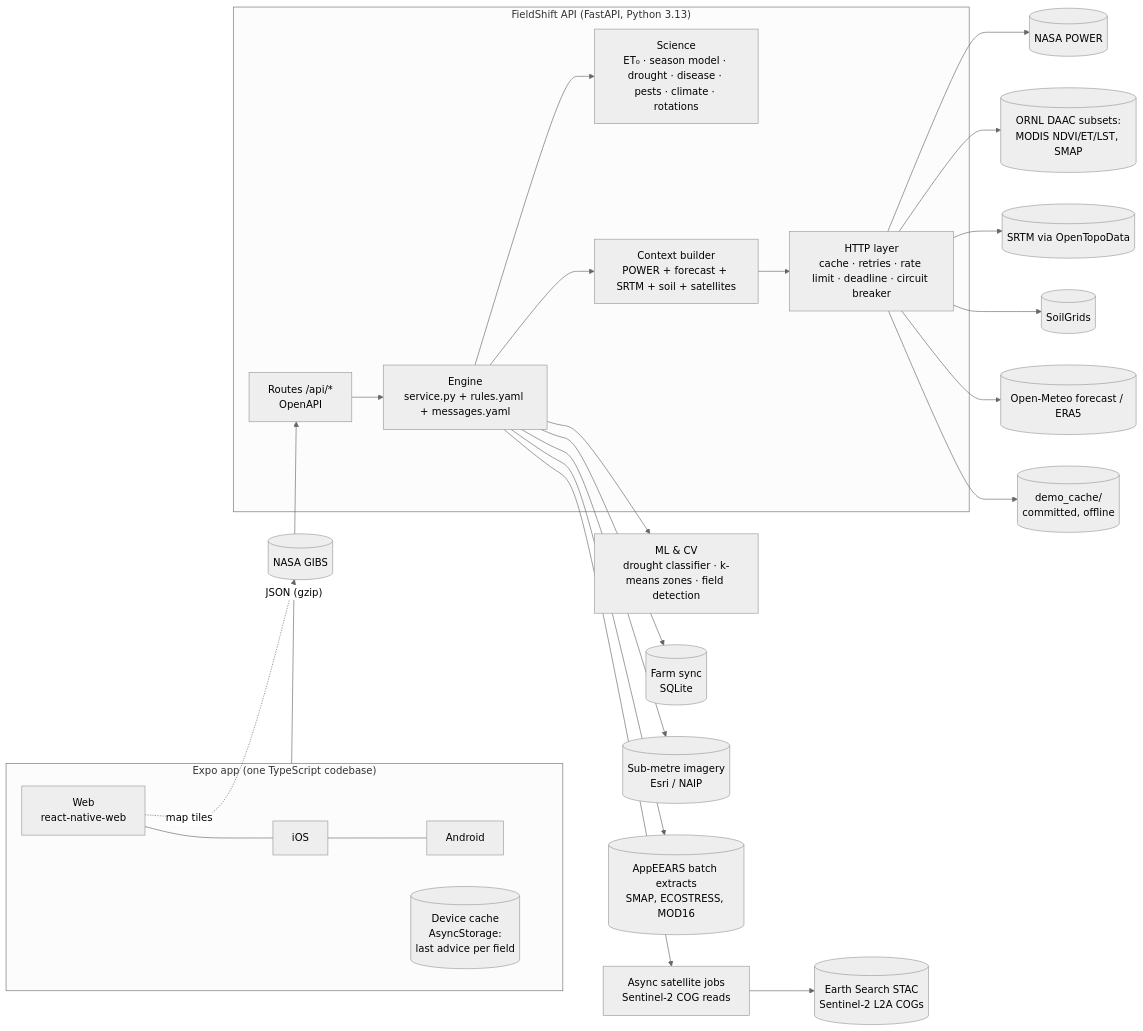
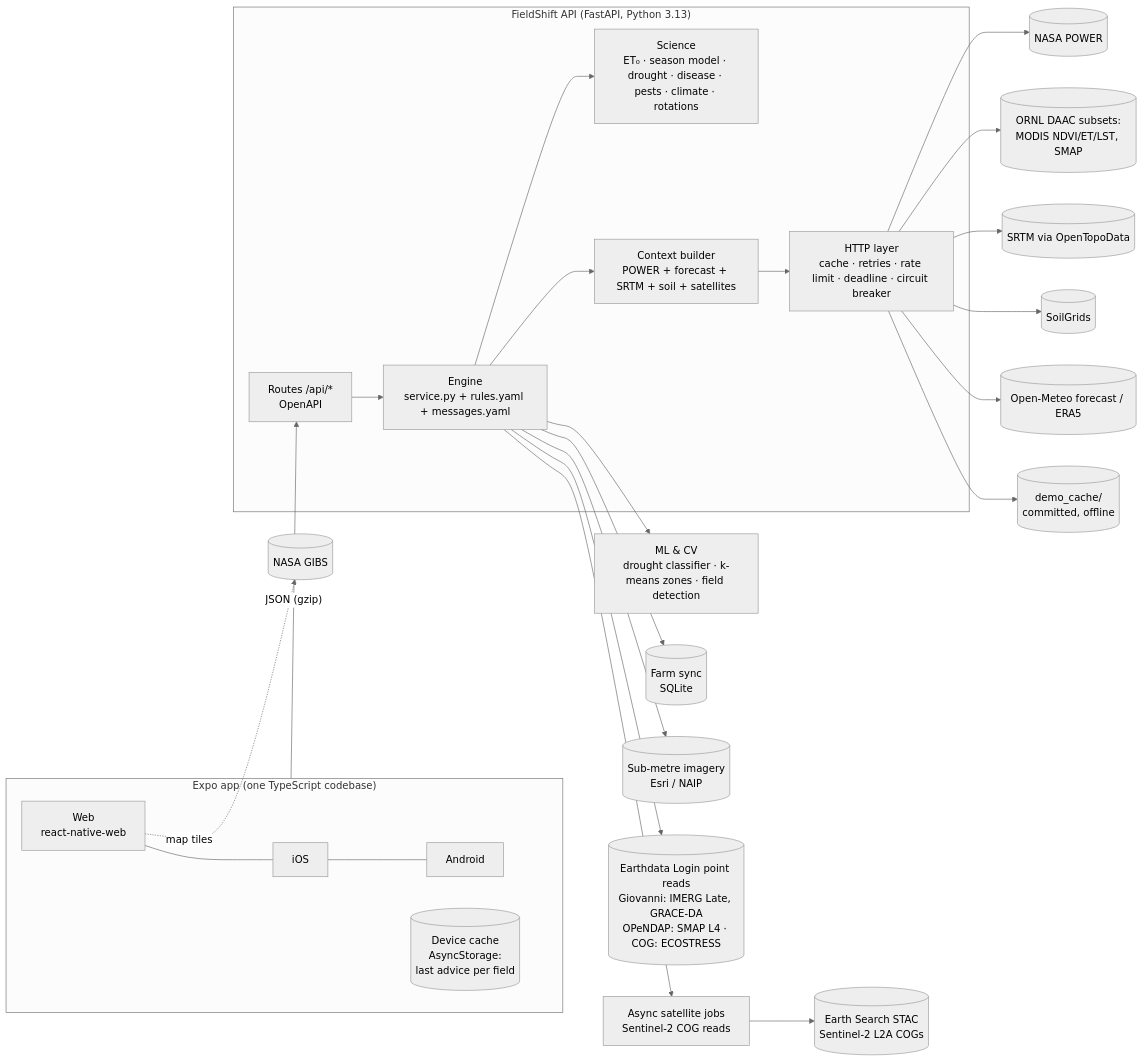
One commit to Intelligent-Agriculture-Labs/Intelligent-Agriculture changed the diagram in docs/ARCHITECTURE.md. Above: the diagram before and after it, drawn with Mermaid (neutral theme). The commit also changed 287 other files, not shown here.

First line of the commit message:
V3 and V6 completed with direct NASA archive reads; V13b (IMERG Late); offline demo cache for the live layers

````diff
--- a/docs/ARCHITECTURE.md
+++ b/docs/ARCHITECTURE.md
@@ -3,27 +3,27 @@
 ```mermaid
 flowchart LR
   subgraph Client["Expo app (one TypeScript codebase)"]
     W[Web<br/>react-native-web] --- I[iOS] --- A[Android]
     C[(Device cache<br/>AsyncStorage:<br/>last advice per field)]
   end
   subgraph API["FieldShift API (FastAPI, Python 3.13)"]
     R[Routes /api/*<br/>OpenAPI] --> E[Engine<br/>service.py + rules.yaml + messages.yaml]
     E --> S[Science<br/>ET₀ · season model · drought · disease · pests · climate · rotations]
     E --> X[Context builder<br/>POWER + forecast + SRTM + soil + satellites]
     X --> H[HTTP layer<br/>cache · retries · rate limit · deadline · circuit breaker]
   end
   H --> P[(NASA POWER)]
   H --> O[(ORNL DAAC subsets:<br/>MODIS NDVI/ET/LST, SMAP)]
   H --> T[(SRTM via OpenTopoData)]
   H --> G[(SoilGrids)]
   H --> M[(Open-Meteo forecast / ERA5)]
   H --> DC[(demo_cache/<br/>committed, offline)]
   E --> ML[ML & CV<br/>drought classifier · k-means zones · field detection]
   E --> SATJ[Async satellite jobs<br/>Sentinel-2 COG reads]
   SATJ --> S2[(Earth Search STAC<br/>Sentinel-2 L2A COGs)]
   E --> FARM[(Farm sync<br/>SQLite)]
   E --> IMG[(Sub-metre imagery<br/>Esri / NAIP)]
-  E --> AE[(AppEEARS batch extracts<br/>SMAP, ECOSTRESS, MOD16)]
+  E --> AE[(Earthdata Login point reads<br/>Giovanni: IMERG Late, GRACE-DA<br/>OPeNDAP: SMAP L4 · COG: ECOSTRESS)]
   Client -- JSON (gzip) --> R
   W -. map tiles .-> GIBS[(NASA GIBS)]
 ```
````
